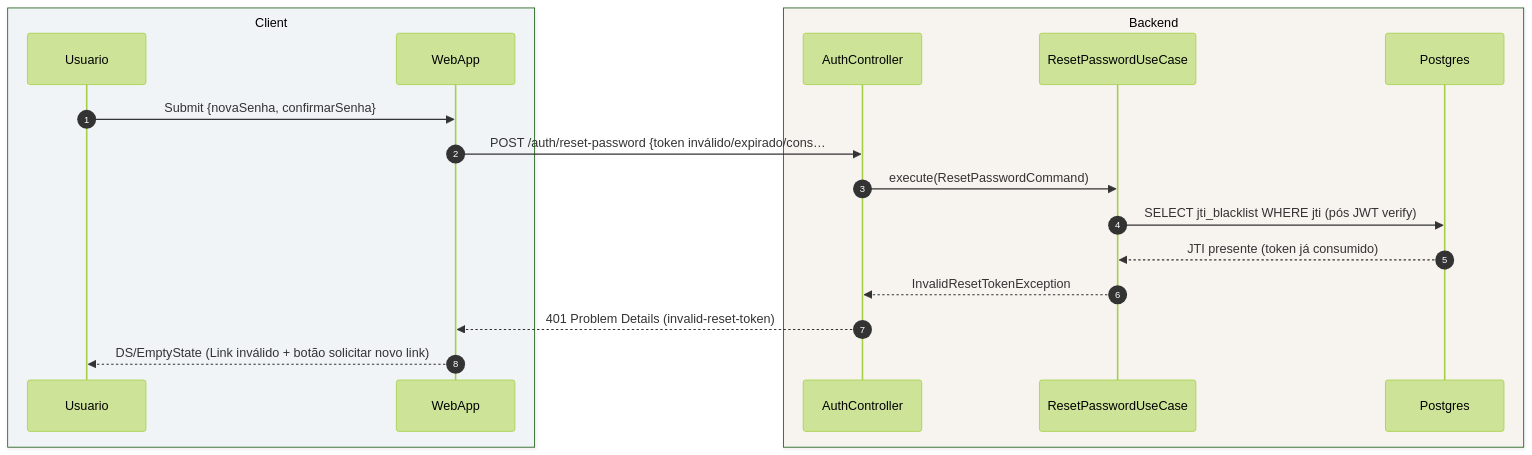
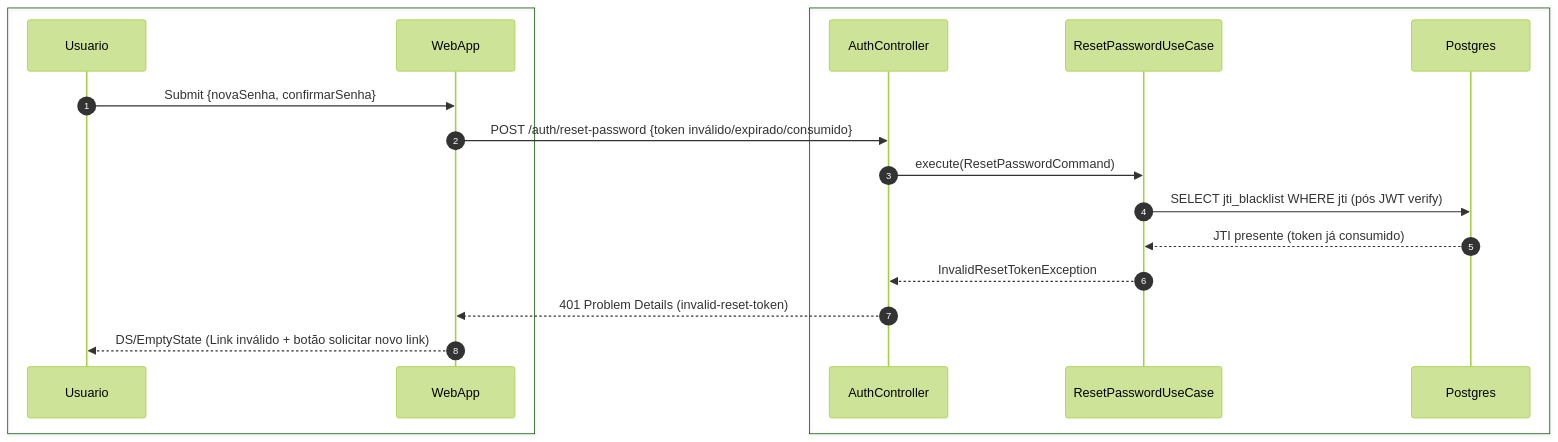
Before and after one commit to umishell/secretariaOnline2: the second of 3 diagrams in foundationDocs/sequenceDiagrams/F0 — Público/US-F0-003-NOVA-SENHA.md, drawn with Mermaid (forest theme). The commit also changed other lines of this file and 70 other files, not shown here.

First line of the commit message:
Enhance database documentation and introduce new schema files

````diff
--- a/foundationDocs/sequenceDiagrams/F0 — Público/US-F0-003-NOVA-SENHA.md
+++ b/foundationDocs/sequenceDiagrams/F0 — Público/US-F0-003-NOVA-SENHA.md
@@ -97,22 +97,22 @@
 ```mermaid
 sequenceDiagram
     autonumber
-    box rgba(230,245,255,0.3) Client
+    box #e8f4fc Cliente
         participant Usuario
         participant WebApp
     end
-    box rgba(255,245,230,0.3) Backend
+    box #fff8ee Servidor
         participant AC as AuthController
         participant UC as ResetPasswordUseCase
         participant DB as Postgres
     end
 
     Usuario->>WebApp: Submit {novaSenha, confirmarSenha}
-    WebApp->>AC: POST /auth/reset-password {token inválido/expirado/cons…
+    WebApp->>AC: POST /auth/reset-password {token inválido/expirado/consumido}
     AC->>UC: execute(ResetPasswordCommand)
     UC->>DB: SELECT jti_blacklist WHERE jti (pós JWT verify)
     DB-->>UC: JTI presente (token já consumido)
     UC-->>AC: InvalidResetTokenException
     AC-->>WebApp: 401 Problem Details (invalid-reset-token)
     WebApp-->>Usuario: DS/EmptyState (Link inválido + botão solicitar novo link)
 ```
````
